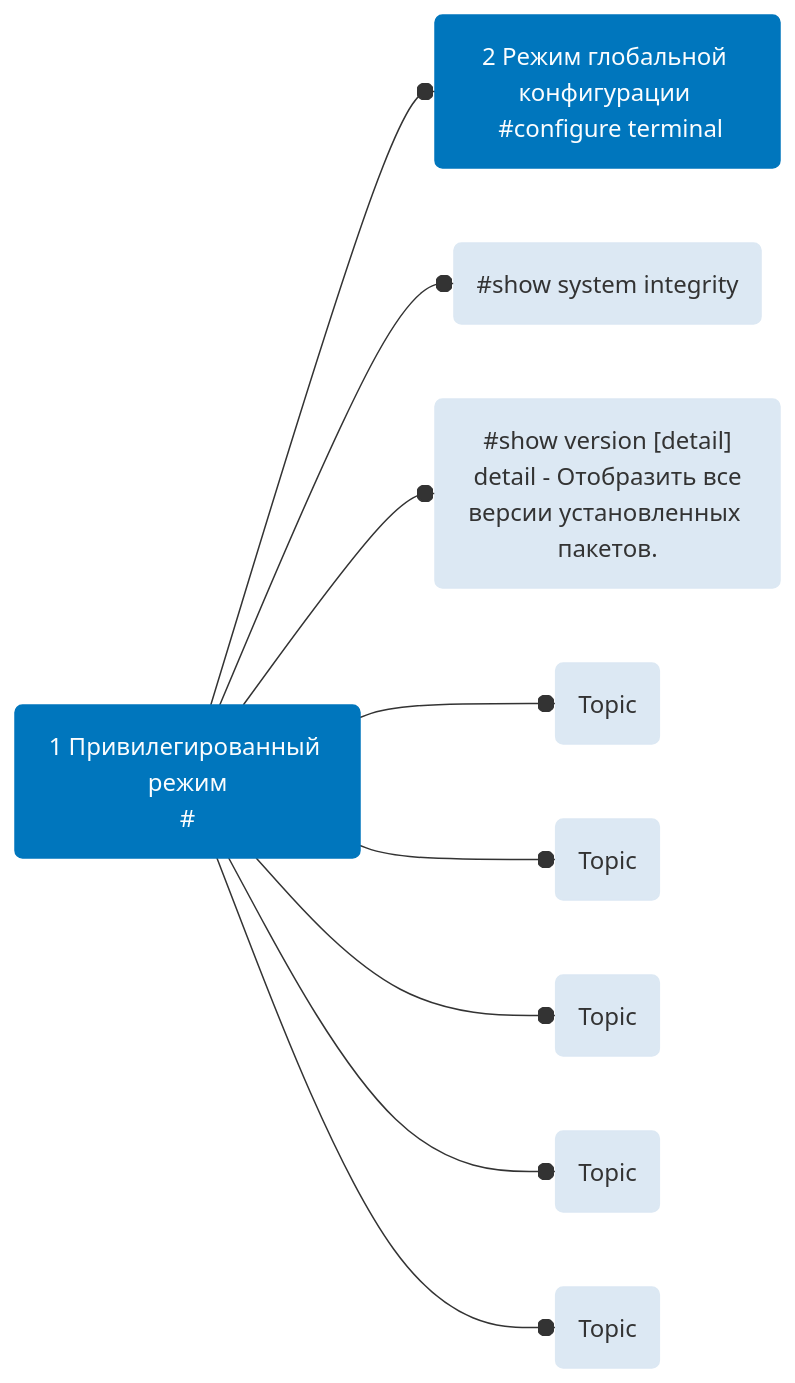
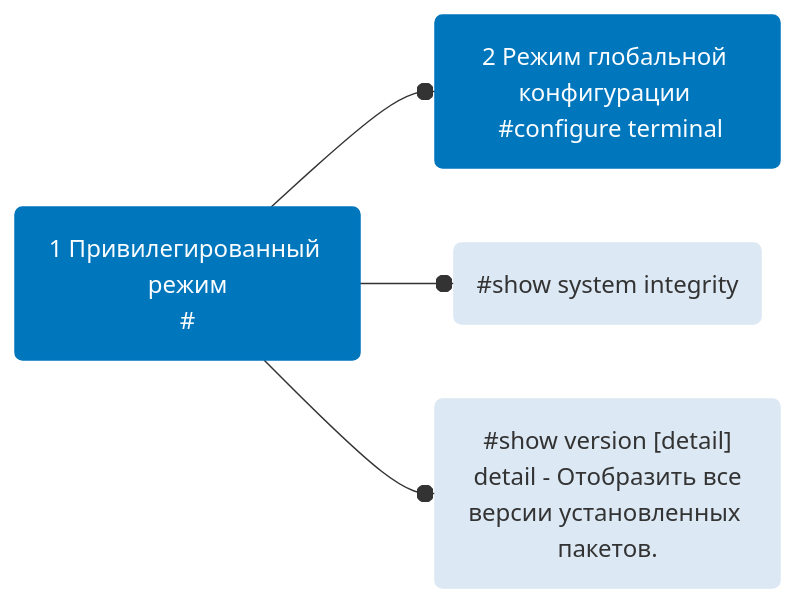
The diagram in test.md (Kostrov2003/FirstSite), drawn with Mermaid before and after one commit.

````diff
--- a/test.md
+++ b/test.md
@@ -1,17 +1,13 @@
 ```mermaid 
 graph LR
 classDef class1 fill:#0076bd,stroke:#0076bd,color:#fbfdfe 
 classDef class2 fill:#dce8f3,stroke:#dce8f3
 classDef class3 fill:#d54a4a,stroke:#d54a4a,color:#fbfdfe
 classDef class5 fill:#eeeb97,stroke:#f2ee69
 classDef class4 fill:#d5eec4,stroke:#96b482
 A(1 Привилегированный режим<br>#):::class1 --o B(2 Режим глобальной конфигурации <br> #configure terminal):::class1
 click B "/wiki/CLI/configure_terminal" _blank
 A --o C(#show system integrity):::class2
 A --o D("#show version [detail]"<br> detail - Отобразить все версии установленных пакетов.):::class2
-A --o E(Topic):::class2
-A --o F(Topic):::class2
-A --o G(Topic):::class2
-A --o H(Topic):::class2
-A --o I(Topic):::class2
+
 ```
````
